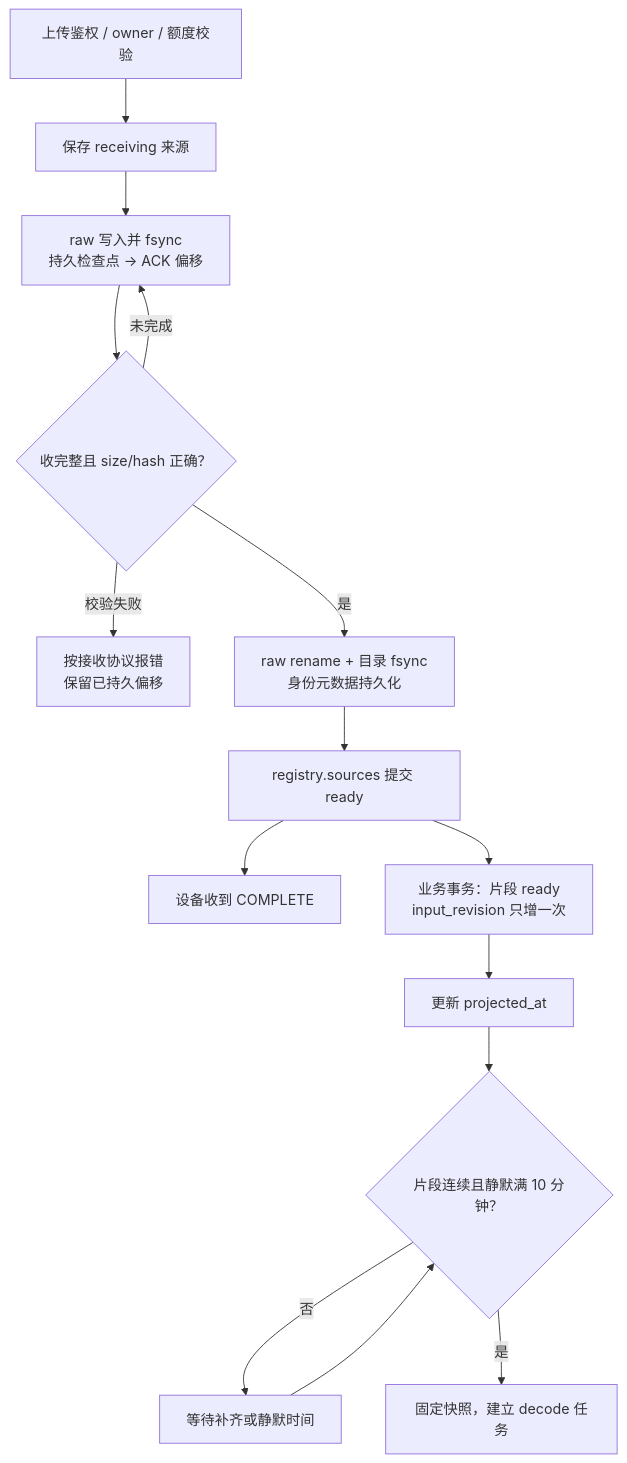
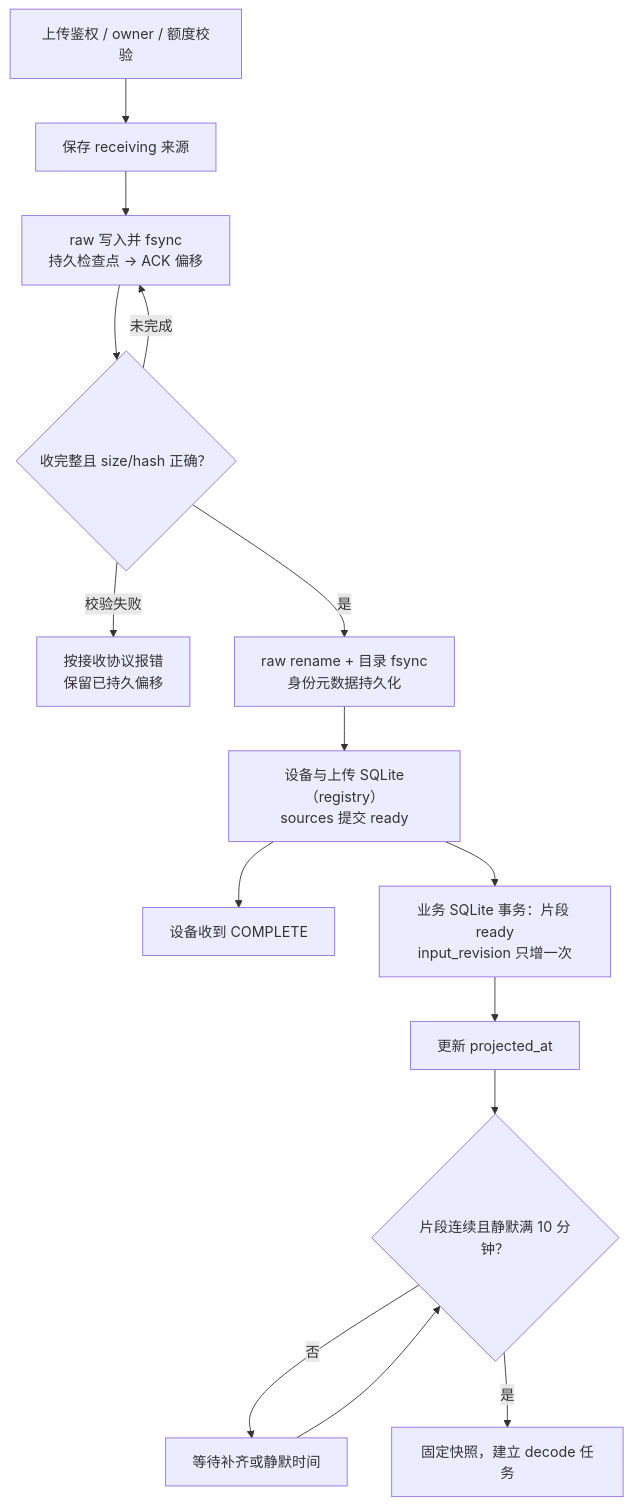
One commit to boboliu-1010/speaker changed the first of 3 diagrams in docs/audio-processing.md. Above: the diagram before and after it, drawn with Mermaid. The commit also changed other lines of this file and 4 other files, not shown here.

Commit message:
docs: clarify registry and business SQLite database names

````diff
--- a/docs/audio-processing.md
+++ b/docs/audio-processing.md
@@ -20,17 +22,17 @@
 ```mermaid
 flowchart TD
     A["上传鉴权 / owner / 额度校验"] --> B["保存 receiving 来源"]
     B --> C["raw 写入并 fsync<br/>持久检查点 → ACK 偏移"]
     C --> D{"收完整且 size/hash 正确？"}
     D -->|未完成| C
     D -->|校验失败| X["按接收协议报错<br/>保留已持久偏移"]
     D -->|是| E["raw rename + 目录 fsync<br/>身份元数据持久化"]
-    E --> F["registry.sources 提交 ready"]
+    E --> F["设备与上传 SQLite（registry）<br/>sources 提交 ready"]
     F --> G["设备收到 COMPLETE"]
-    F --> H["业务事务：片段 ready<br/>input_revision 只增一次"]
+    F --> H["业务 SQLite 事务：片段 ready<br/>input_revision 只增一次"]
     H --> I["更新 projected_at"]
     I --> J{"片段连续且静默满 10 分钟？"}
     J -->|否| K["等待补齐或静默时间"]
     K --> J
     J -->|是| L["固定快照，建立 decode 任务"]
 ```
````
